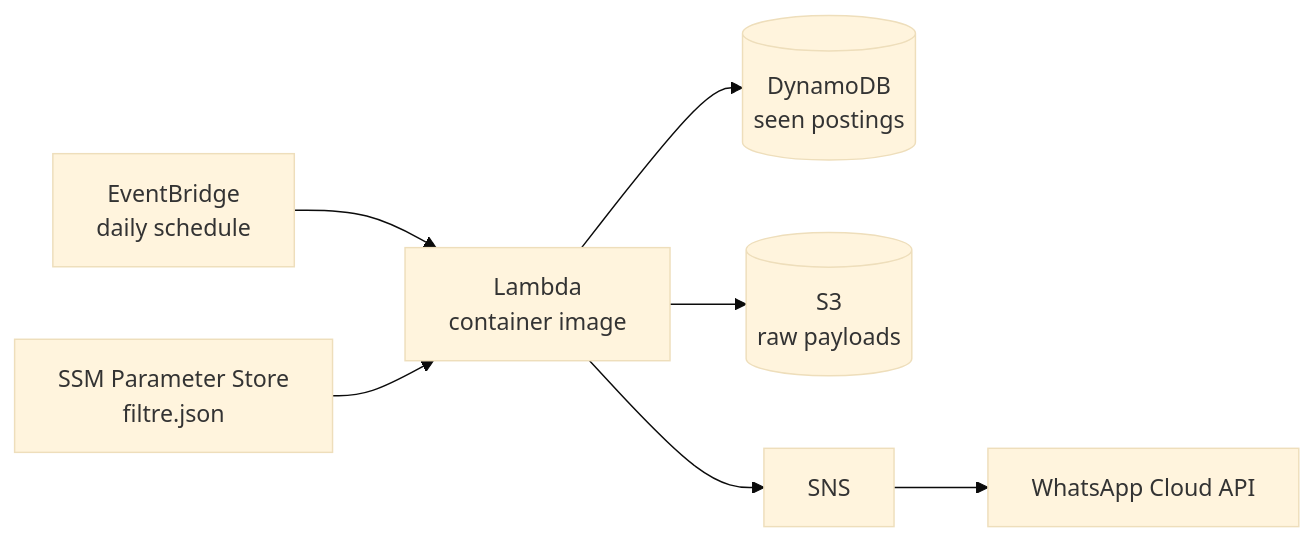
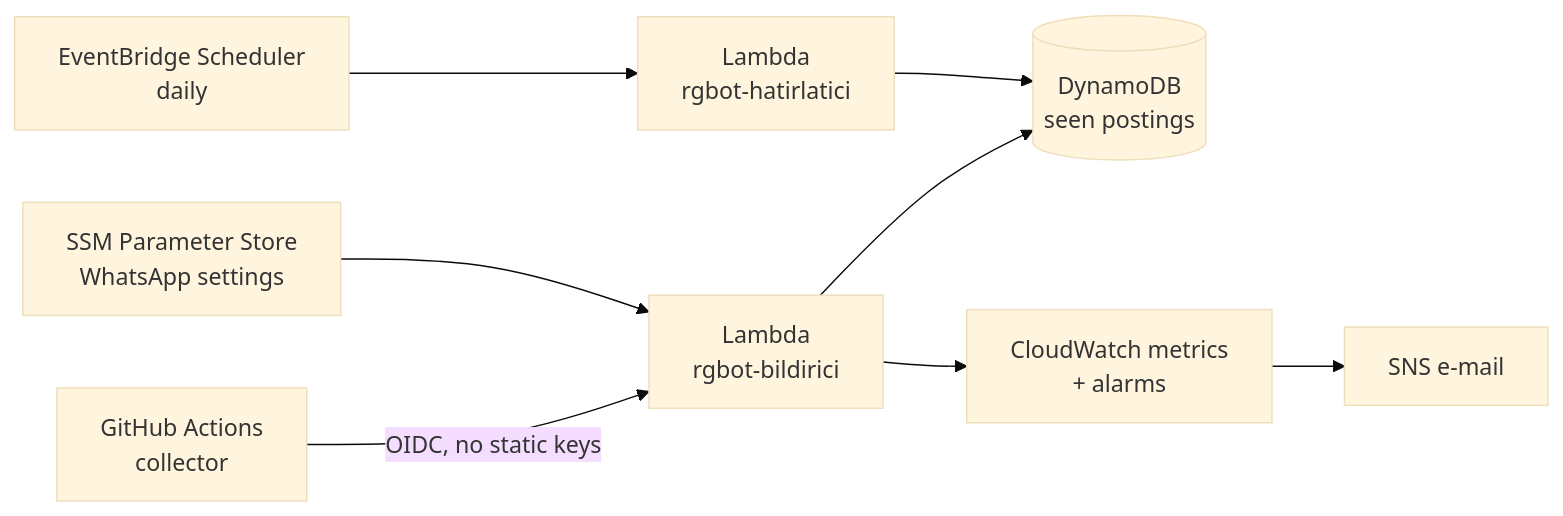
Before and after one commit to Ruchanbas/rg-ilan-botu: the second of 2 diagrams in README.md, drawn with Mermaid (base theme). The commit also changed other lines of this file, not shown here.

````diff
--- a/README.md
+++ b/README.md
@@ -24,8 +26,9 @@
 ```mermaid
 flowchart LR
-    EB[EventBridge<br/>daily schedule] --> L[Lambda<br/>container image]
+    GA[GitHub Actions<br/>collector] -- OIDC, no static keys --> L[Lambda<br/>rgbot-bildirici]
     L --> DDB[(DynamoDB<br/>seen postings)]
-    L --> S3[(S3<br/>raw payloads)]
-    SSM[SSM Parameter Store<br/>filtre.json] --> L
-    L --> SNS[SNS] --> WA[WhatsApp Cloud API]
+    L --> CW[CloudWatch metrics<br/>+ alarms] --> SNS[SNS e-mail]
+    SSM[SSM Parameter Store<br/>WhatsApp settings] --> L
+    EB[EventBridge Scheduler<br/>daily] --> R[Lambda<br/>rgbot-hatirlatici]
+    R --> DDB
 ```
````
